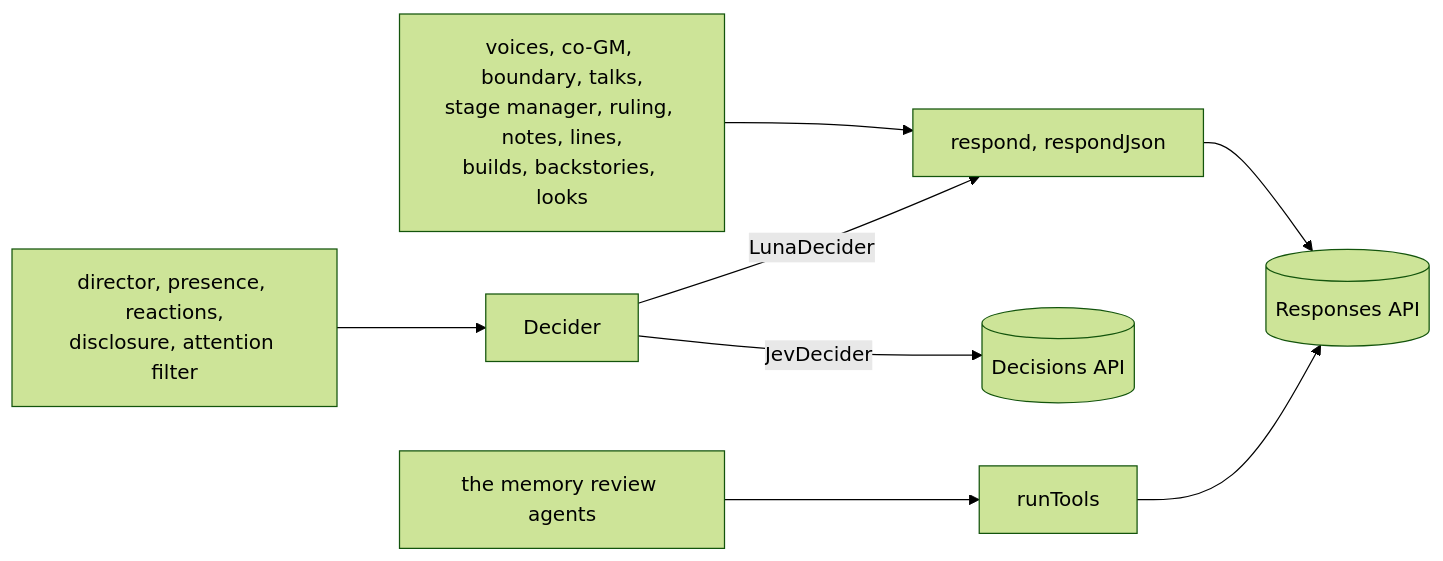
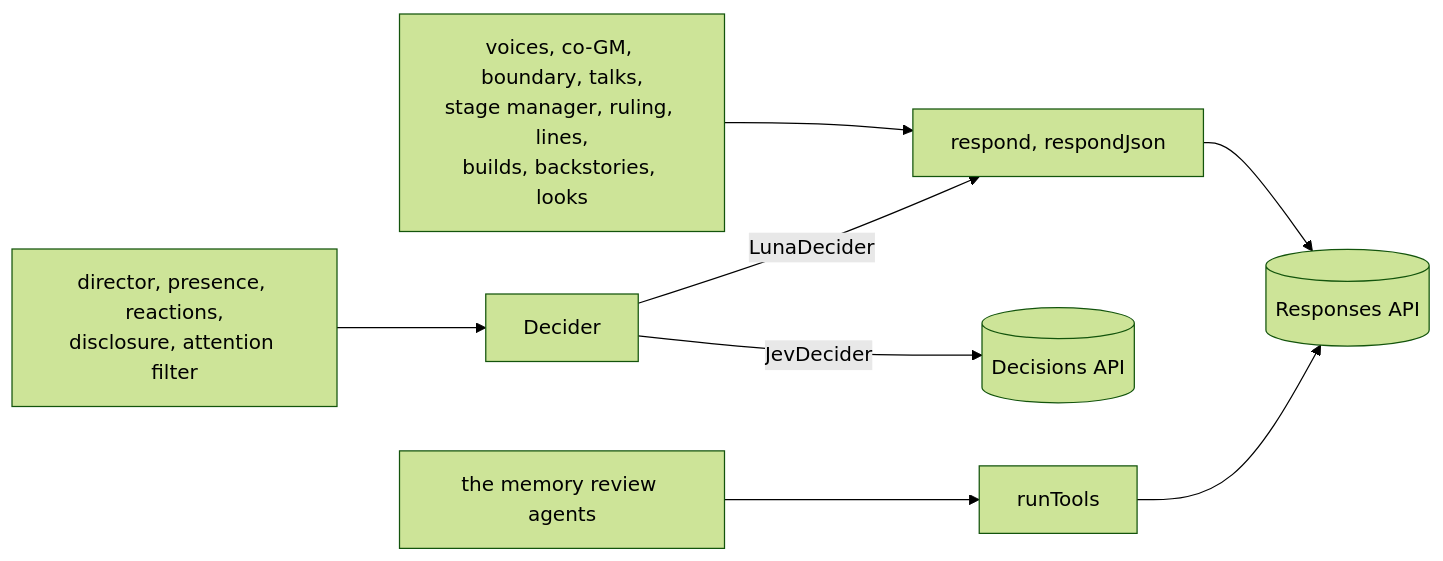
Before and after one commit to Tatskaari/kingmaker: the diagram in ai/llm/README.md, drawn with Mermaid (forest theme). The commit also changed other lines of this file and 10 other files, not shown here.

````diff
--- a/ai/llm/README.md
+++ b/ai/llm/README.md
@@ -40,10 +40,10 @@
 ```mermaid
 flowchart LR
-  text["voices, co-GM, boundary, talks,<br/>stage manager, ruling, notes, lines,<br/>builds, backstories, looks"] --> respond["respond, respondJson"]
+  text["voices, co-GM, boundary, talks,<br/>stage manager, ruling, lines,<br/>builds, backstories, looks"] --> respond["respond, respondJson"]
   judge["director, presence, reactions,<br/>disclosure, attention filter"] --> decider["Decider"]
   agents["the memory review agents"] --> tools["runTools"]
   decider -->|"LunaDecider"| respond
   decider -->|"JevDecider"| decisions[("Decisions API")]
   respond --> responses[("Responses API")]
   tools --> responses
 ```
````
